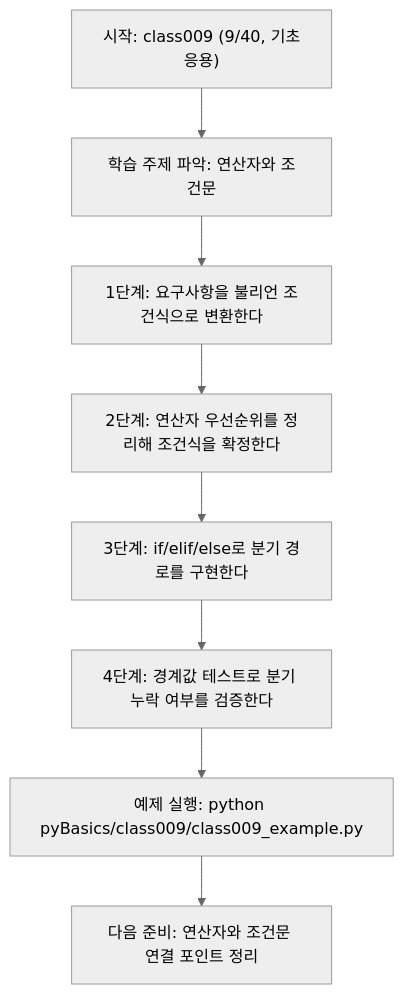
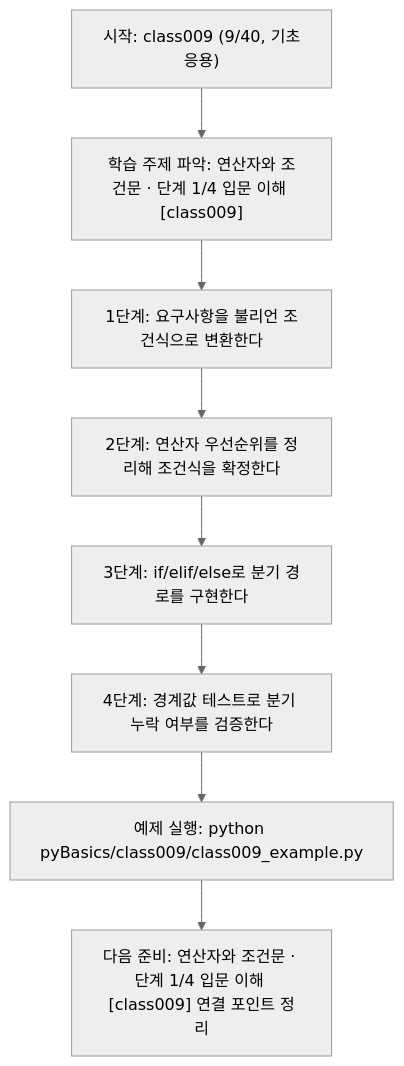
One commit to edumgt/Python-AI_Agent-Class changed the diagram in pyBasics/class009/class009.md. Above: the diagram before and after it, drawn with Mermaid (neutral theme). The commit also changed other lines of this file and 522 other files, not shown here.

````diff
--- a/pyBasics/class009/class009.md
+++ b/pyBasics/class009/class009.md
@@ -108,18 +109,18 @@
 ```mermaid
 flowchart TD
 N1["시작: class009 (9/40, 기초응용)"]
-N2["학습 주제 파악: 연산자와 조건문"]
+N2["학습 주제 파악: 연산자와 조건문 · 단계 1/4 입문 이해 [class009]"]
 N3["1단계: 요구사항을 불리언 조건식으로 변환한다"]
 N4["2단계: 연산자 우선순위를 정리해 조건식을 확정한다"]
 N5["3단계: if/elif/else로 분기 경로를 구현한다"]
 N6["4단계: 경계값 테스트로 분기 누락 여부를 검증한다"]
 N7["예제 실행: python pyBasics/class009/class009_example.py"]
-N8["다음 준비: 연산자와 조건문 연결 포인트 정리"]
+N8["다음 준비: 연산자와 조건문 · 단계 1/4 입문 이해 [class009] 연결 포인트 정리"]
 N1 --> N2
 N2 --> N3
 N3 --> N4
 N4 --> N5
 N5 --> N6
 N6 --> N7
 N7 --> N8
 ```
````
